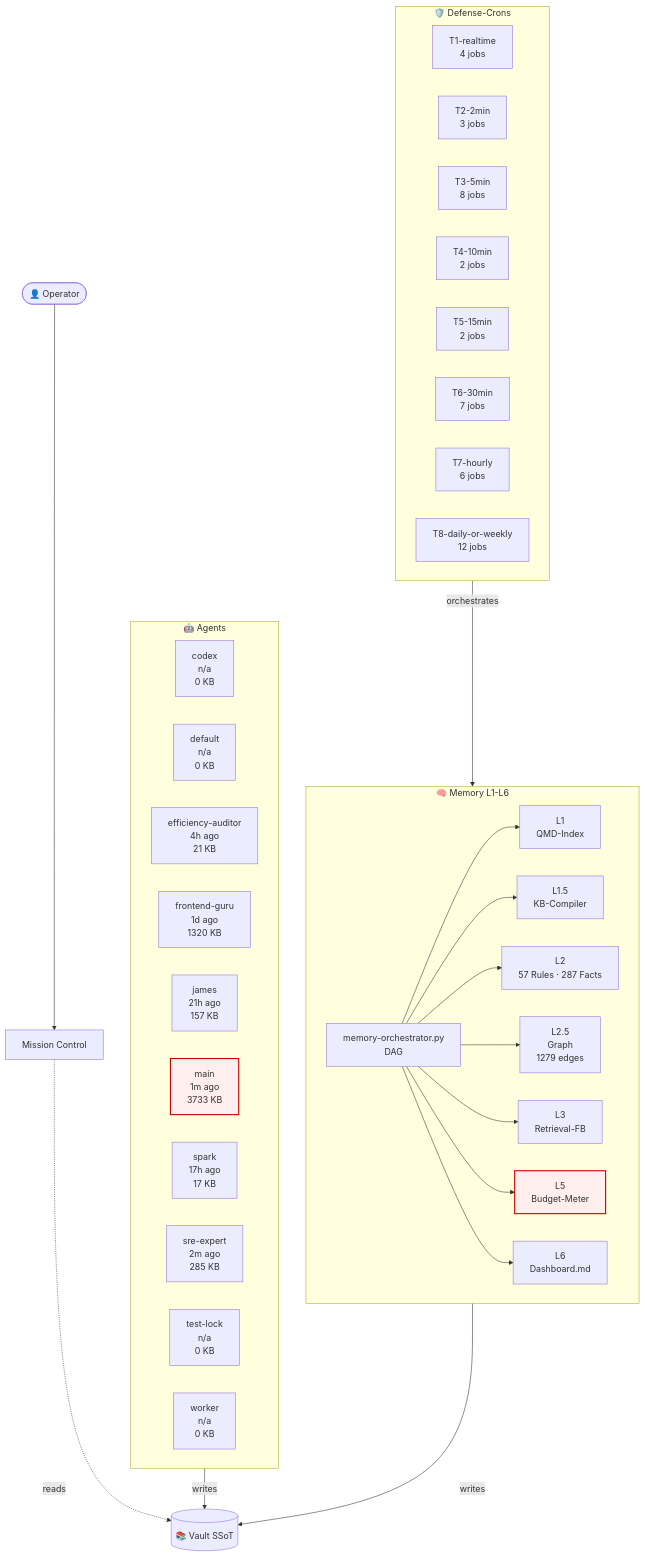
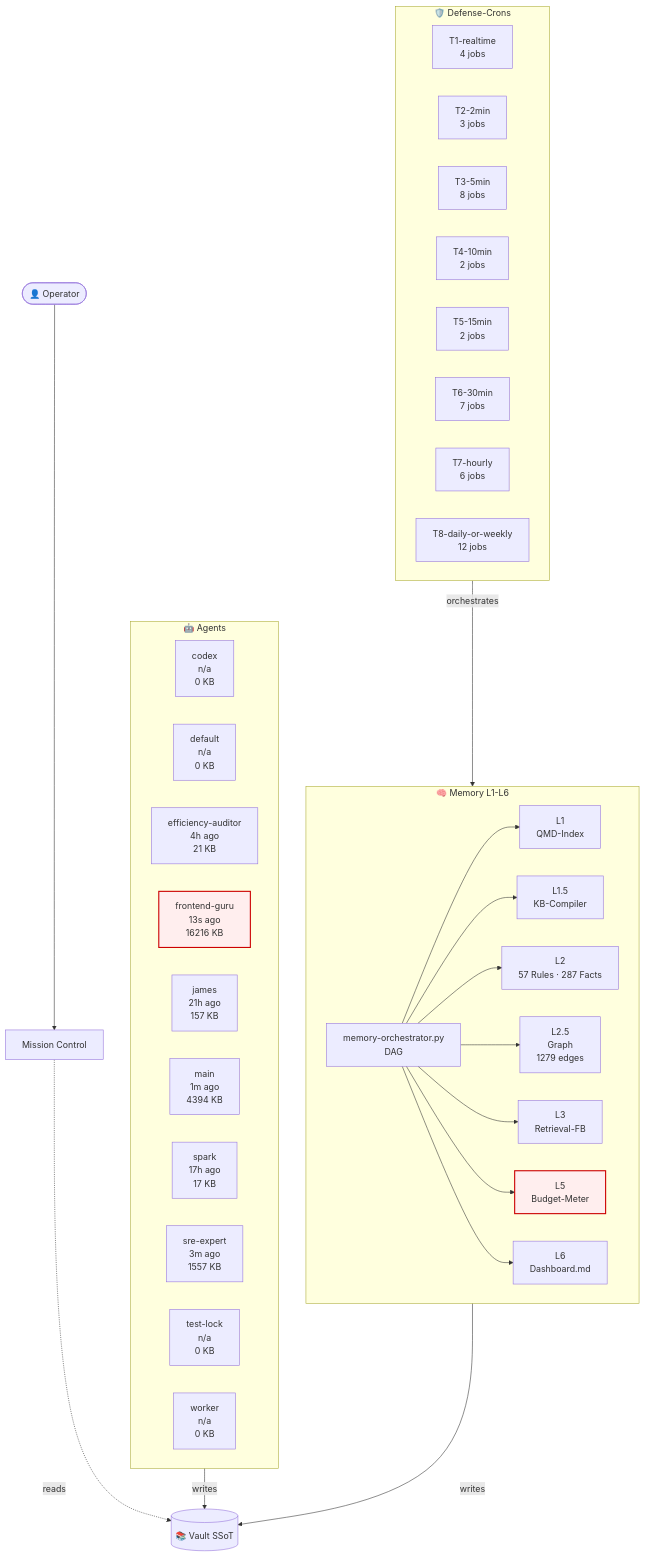
The diagram in 03-Agents/architecture-live.md (lenardhuebner88-rgb/openclaw-memory), drawn with Mermaid before and after one commit. The commit also changed other lines of this file and 10 other files, not shown here.

````diff
--- a/03-Agents/architecture-live.md
+++ b/03-Agents/architecture-live.md
@@ -18,53 +18,53 @@
 ```mermaid
 flowchart TB
     classDef critical fill:#fee,stroke:#c00,stroke-width:2px;
     subgraph AGT["🤖 Agents"]
         agent_codex["codex<br/>n/a<br/>0 KB"]
         agent_default["default<br/>n/a<br/>0 KB"]
         agent_efficiency_auditor["efficiency-auditor<br/>4h ago<br/>21 KB"]
-        agent_frontend_guru["frontend-guru<br/>1d ago<br/>1320 KB"]
+        agent_frontend_guru["frontend-guru<br/>13s ago<br/>16216 KB"]
         agent_james["james<br/>21h ago<br/>157 KB"]
-        agent_main["main<br/>1m ago<br/>3733 KB"]
+        agent_main["main<br/>1m ago<br/>4394 KB"]
         agent_spark["spark<br/>17h ago<br/>17 KB"]
-        agent_sre_expert["sre-expert<br/>2m ago<br/>285 KB"]
+        agent_sre_expert["sre-expert<br/>3m ago<br/>1557 KB"]
         agent_test_lock["test-lock<br/>n/a<br/>0 KB"]
         agent_worker["worker<br/>n/a<br/>0 KB"]
     end
     subgraph MEM["🧠 Memory L1-L6"]
         L1["L1<br/>QMD-Index"]
         L15["L1.5<br/>KB-Compiler"]
         L2["L2<br/>57 Rules · 287 Facts"]
         L25["L2.5<br/>Graph<br/>1279 edges"]
         L3["L3<br/>Retrieval-FB"]
         L5["L5<br/>Budget-Meter"]
         L6["L6<br/>Dashboard.md"]
         ORCH["memory-orchestrator.py<br/>DAG"]
     end
     subgraph CRN["🛡️ Defense-Crons"]
         tier_T1_realtime["T1-realtime<br/>4 jobs"]
         tier_T2_2min["T2-2min<br/>3 jobs"]
         tier_T3_5min["T3-5min<br/>8 jobs"]
         tier_T4_10min["T4-10min<br/>2 jobs"]
         tier_T5_15min["T5-15min<br/>2 jobs"]
         tier_T6_30min["T6-30min<br/>7 jobs"]
         tier_T7_hourly["T7-hourly<br/>6 jobs"]
         tier_T8_daily_or_weekly["T8-daily-or-weekly<br/>12 jobs"]
     end
     VAULT[("📚 Vault SSoT")]
     OP([👤 Operator])
     MC["Mission Control"]
     OP --> MC
     MC -.reads.-> VAULT
     AGT -->|writes| VAULT
     MEM -->|writes| VAULT
     ORCH --> L1
     ORCH --> L15
     ORCH --> L2
     ORCH --> L25
     ORCH --> L3
     ORCH --> L5
     ORCH --> L6
     CRN -->|orchestrates| MEM
     class L5 critical
-    class agent_main critical
+    class agent_frontend_guru critical
 ```
````
